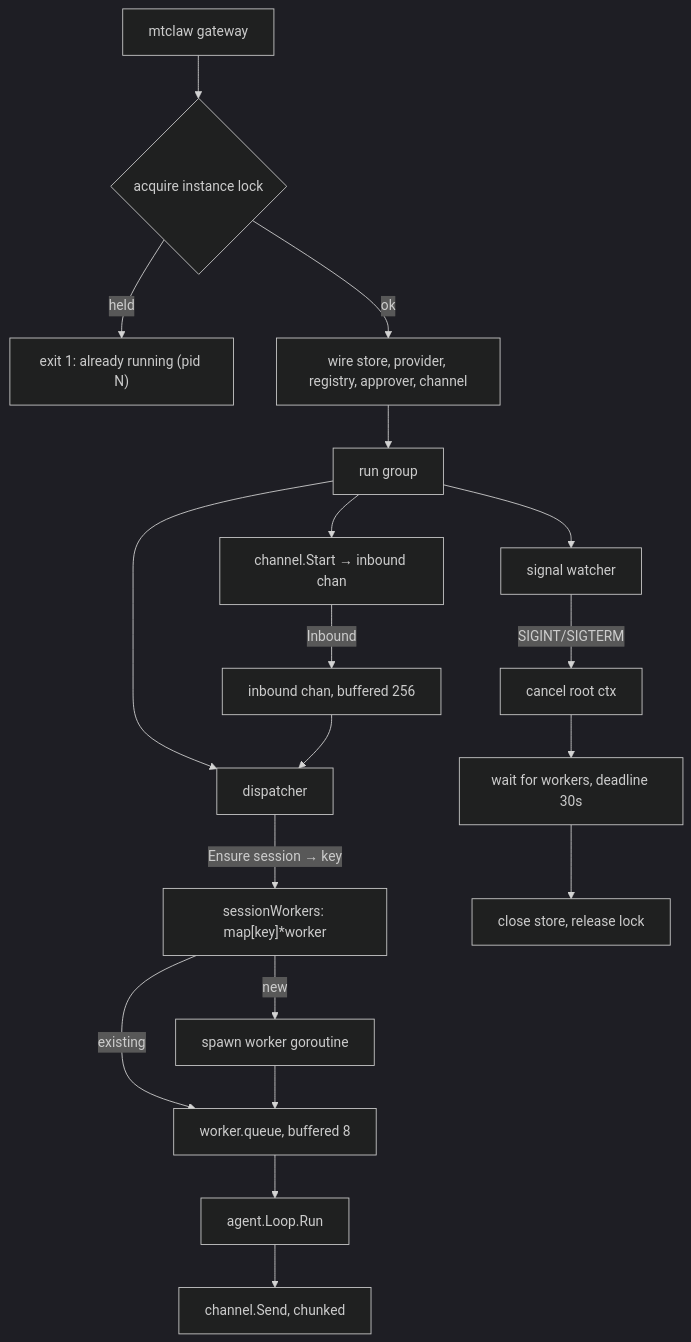
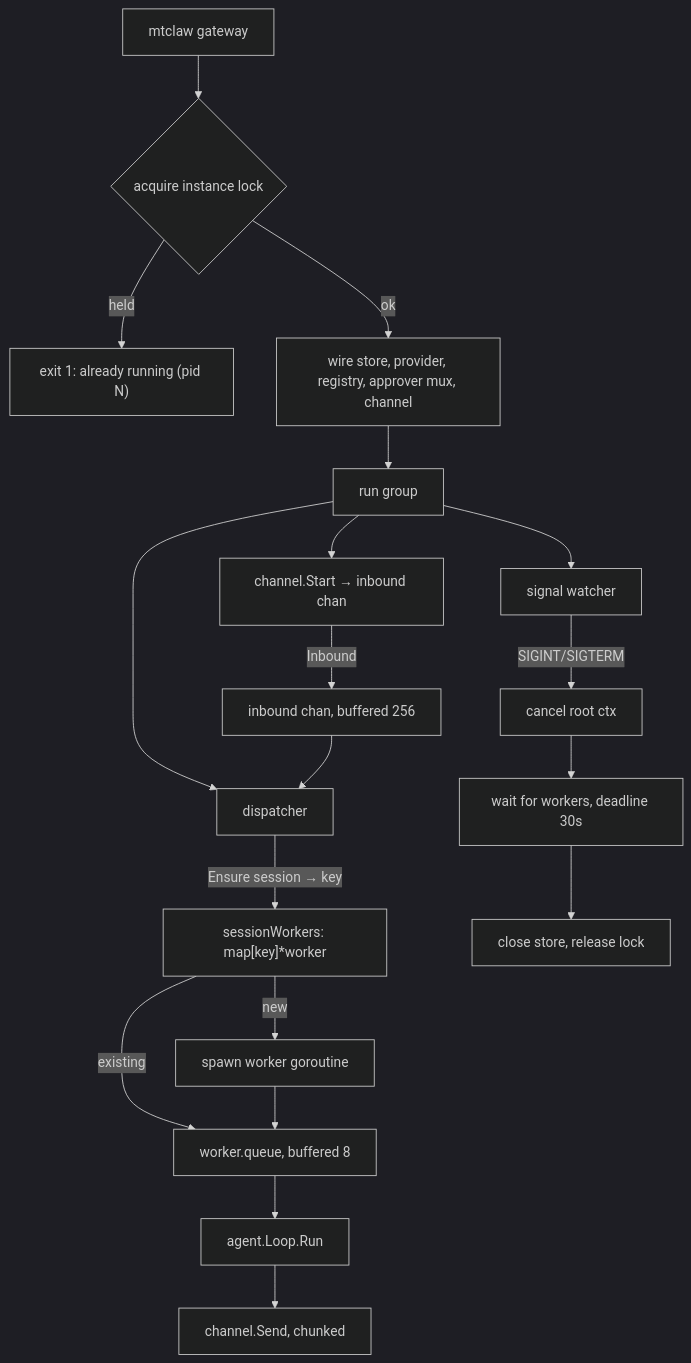
One commit to tiennm99dev/MTClaw changed the diagram in plans/260731-2219-mtclaw-core-system/phase-07-gateway-orchestration.md. Above: the diagram before and after it, drawn with Mermaid (dark theme). The commit also changed other lines of this file and 21 other files, not shown here.

````diff
--- a/plans/260731-2219-mtclaw-core-system/phase-07-gateway-orchestration.md
+++ b/plans/260731-2219-mtclaw-core-system/phase-07-gateway-orchestration.md
@@ -37,24 +37,24 @@
 ```mermaid
 flowchart TD
     START["mtclaw gateway"] --> LOCK{acquire instance lock}
     LOCK -->|held| FAIL["exit 1: already running (pid N)"]
-    LOCK -->|ok| WIRE[wire store, provider, registry, approver, channel]
+    LOCK -->|ok| WIRE[wire store, provider, registry, approver mux, channel]
     WIRE --> RUN[run group]
 
     RUN --> CH[channel.Start → inbound chan]
     RUN --> DISP[dispatcher]
     RUN --> SIG[signal watcher]
 
     CH -->|Inbound| Q["inbound chan, buffered 256"]
     Q --> DISP
     DISP -->|"Ensure session → key"| MAP["sessionWorkers: map[key]*worker"]
     MAP -->|existing| ENQ["worker.queue, buffered 8"]
     MAP -->|new| SPAWN[spawn worker goroutine]
     SPAWN --> ENQ
     ENQ --> TURN["agent.Loop.Run"]
     TURN --> SEND["channel.Send, chunked"]
 
     SIG -->|SIGINT/SIGTERM| CANCEL[cancel root ctx]
     CANCEL --> DRAIN["wait for workers, deadline 30s"]
     DRAIN --> CLOSE[close store, release lock]
 ```
````
